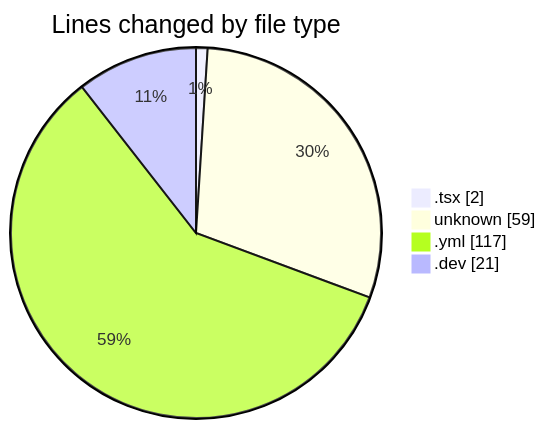
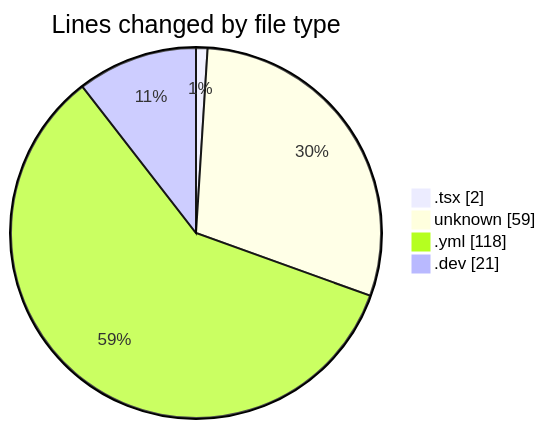
The first of 2 diagrams in 2025-05-18/niten/README.md (Elitesun/code-tracking), drawn with Mermaid before and after one commit. The commit also changed other lines of this file and 1 other file, not shown here.

````diff
--- a/2025-05-18/niten/README.md
+++ b/2025-05-18/niten/README.md
@@ -23,8 +23,8 @@
 ```mermaid
 pie showData
 title Lines changed by file type
 ".tsx" : 2
 "unknown" : 59
-".yml" : 117
+".yml" : 118
 ".dev" : 21
 ```
````
